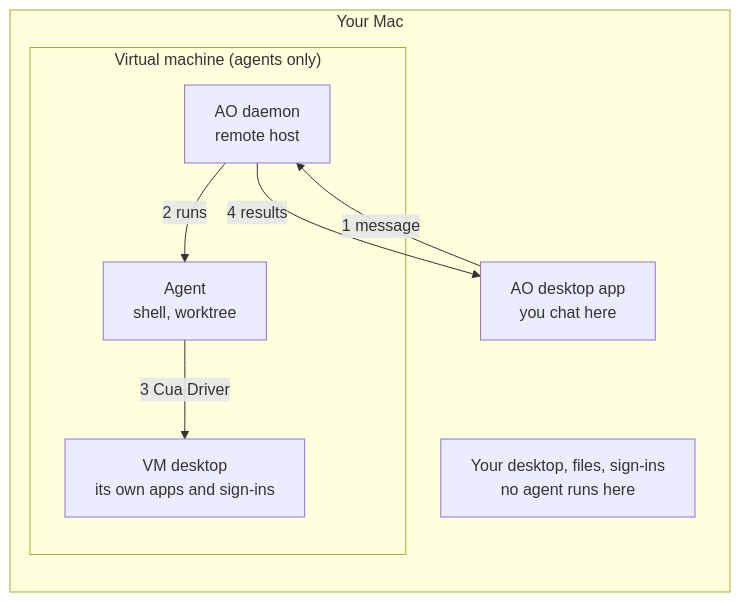
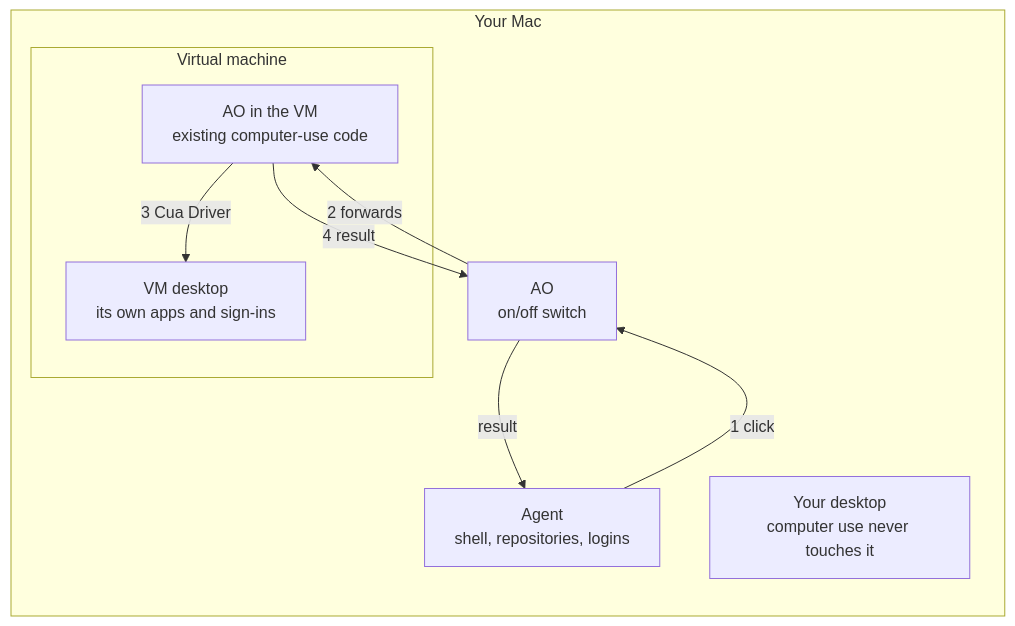
Before and after one commit to OrchestratorInc/agent-orchestrator: the diagram in docs/plans/2026-11-11-computer-use-vms.md, drawn with Mermaid. The commit also changed other lines of this file, not shown here.

First line of the commit message:
docs(computer-use): keep the agent on the host, run only the tool in the VM

````diff
--- a/docs/plans/2026-11-11-computer-use-vms.md
+++ b/docs/plans/2026-11-11-computer-use-vms.md
@@ -36,16 +31,17 @@
 ```mermaid
 flowchart LR
   subgraph mac["Your Mac"]
-    app["AO desktop app<br/>you chat here"]
-    desk["Your desktop, files, sign-ins<br/>no agent runs here"]
-    subgraph vm["Virtual machine (agents only)"]
-      daemon["AO daemon<br/>remote host"]
-      agent["Agent<br/>shell, worktree"]
+    agent["Agent<br/>shell, repositories, logins"]
+    ao["AO<br/>on/off switch"]
+    desk["Your desktop<br/>computer use never touches it"]
+    subgraph vm["Virtual machine"]
+      vmao["AO in the VM<br/>existing computer-use code"]
       vmdesk["VM desktop<br/>its own apps and sign-ins"]
     end
   end
-  app -- "1 message" --> daemon
-  daemon -- "2 runs" --> agent
-  agent -- "3 Cua Driver" --> vmdesk
-  daemon -- "4 results" --> app
+  agent -- "1 click" --> ao
+  ao -- "2 forwards" --> vmao
+  vmao -- "3 Cua Driver" --> vmdesk
+  vmao -- "4 result" --> ao
+  ao -- "result" --> agent
 ```
````
